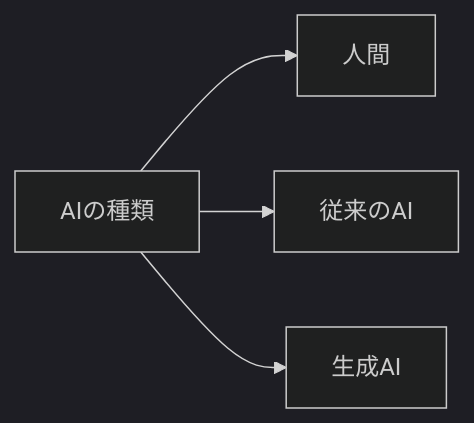
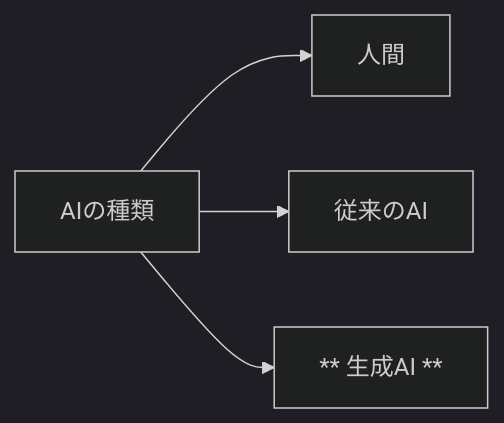
The first of 10 diagrams in README.md (SparklingDetergent/doc_genai_Using_Generative_AI_with_Mac_Mini_-Introduction-), drawn with Mermaid (dark theme) before and after one commit.

````diff
--- a/README.md
+++ b/README.md
@@ -13,6 +13,6 @@
 ```mermaid
 graph LR
     A[AIの種類] --> B[人間]
     A --> C[従来のAI]
-    A --> D[生成AI]
+    A --> D[** 生成AI **]
 ```
````
